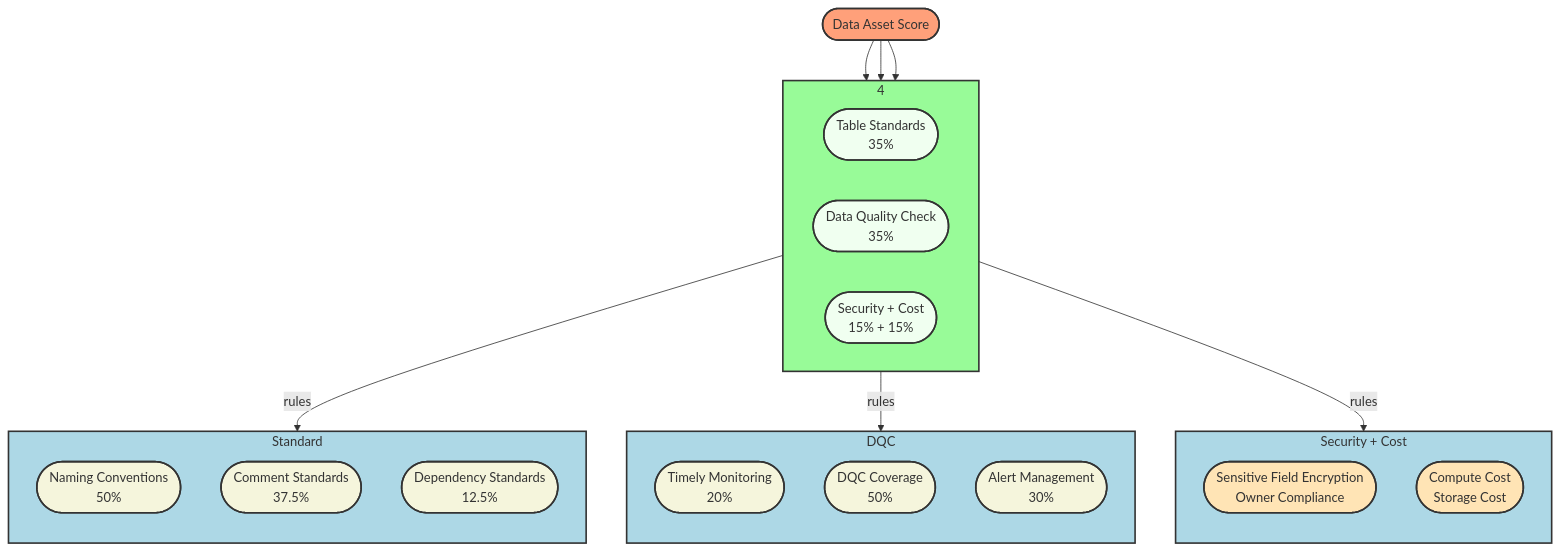
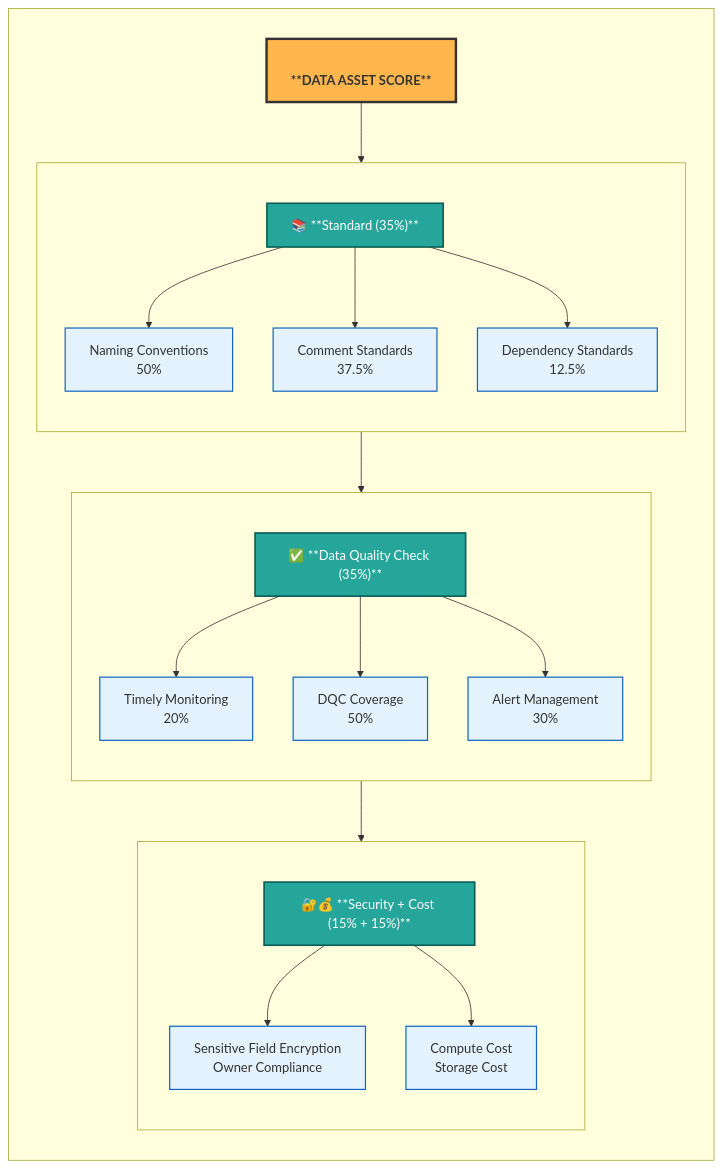
The second of 4 diagrams in README.md (blaire101/data-warehouse-solutions), drawn with Mermaid before and after one commit.

````diff
--- a/README.md
+++ b/README.md
@@ -216,51 +216,53 @@
 ```mermaid
-flowchart TB
+flowchart LR
 
-    subgraph SG_DataAssetScore["4"]
-        direction LR
-        DAS_A(["Table Standards <br> 35%"])
-        DAS_B(["Data Quality Check <br> 35%"])
-        DAS_C(["Security + Cost <br> 15% + 15%"])
+    %% ============ OUTER CONTAINER ============
+    subgraph DAS[" "]
+      direction TB
+
+      %% --- Big Title Node (prominent) ---
+      DAS_TITLE["<br/>**DATA ASSET SCORE**<br/>"]:::title
+
+      %% --- 1) STANDARD (35%) ---
+      subgraph STDG[" "]
+        direction TB
+        STD_HDR["📚 **Standard (35%)**"]:::group
+        ST_A["Naming Conventions<br>50%"]:::item
+        ST_B["Comment Standards<br>37.5%"]:::item
+        ST_C["Dependency Standards<br>12.5%"]:::item
+        STD_HDR --> ST_A & ST_B & ST_C
+      end
+
+      %% --- 2) DQC (35%) ---
+      subgraph DQG[" "]
+        direction TB
+        DQ_HDR["✅ **Data Quality Check (35%)**"]:::group
+        DQ_A["Timely Monitoring<br>20%"]:::item
+        DQ_B["DQC Coverage<br>50%"]:::item
+        DQ_C["Alert Management<br>30%"]:::item
+        DQ_HDR --> DQ_A & DQ_B & DQ_C
+      end
+
+      %% --- 3) SECURITY + COST (15% + 15%) ---
+      subgraph SECOG[" "]
+        direction TB
+        SECO_HDR["🔐💰 **Security + Cost (15% + 15%)**"]:::group
+        SECO_A["Sensitive Field Encryption<br>Owner Compliance"]:::item
+        SECO_B["Compute Cost<br>Storage Cost"]:::item
+        SECO_HDR --> SECO_A & SECO_B
+      end
     end
 
-    subgraph DAS_SECO["Security + Cost"]
-        direction TB
-        SECO_A(["Sensitive Field Encryption <br>Owner Compliance"])
-        SECO_B(["Compute Cost <br>Storage Cost"])
-    end
+    %% ============ FLOW / ORDER ============
+    DAS_TITLE --> STD_HDR --> DQ_HDR --> SECO_HDR
 
-    subgraph DAS_DataQuality["DQC"]
-        direction TB
-        DQ_A(["Timely Monitoring <br>20%"])
-        DQ_B(["DQC Coverage <br>50%"])
-        DQ_C(["Alert Management <br>30%"])
-    end
+    %% ============ STYLES ============
+    %% Title: strong orange, thick border, bold
+    classDef title fill:#FFB74D,stroke:#333,stroke-width:3px,font-weight:bold;
 
-    subgraph DAS_Standard["Standard"]
-        direction TB
-        ST_A(["Naming Conventions <br>50%"])
-        ST_B(["Comment Standards <br>37.5%"])
-        ST_C(["Dependency Standards <br>12.5%"])
-    end
+    %% Group headers: teal/blue-green with white text for strong contrast
+    classDef group fill:#26A69A,stroke:#0D5C55,stroke-width:2px,color:#FFFFFF;
 
-    DAS(["Data Asset Score"]) --> DAS_A & DAS_B & DAS_C
-    DAS_A -- rules --> DAS_Standard
-    DAS_B -- rules --> DAS_DataQuality
-    DAS_C -- rules --> DAS_SECO
-
-
-    classDef rectBox fill:#F5F5DC,stroke:#333,stroke-width:2px,rx:0,ry:0
-    classDef rectMain fill:#FFA07A,stroke:#333,stroke-width:2px,rx:0,ry:0
-    classDef rectGroup fill:#ADD8E6,stroke:#333,stroke-width:2px,rx:0,ry:0
-    classDef rectLight fill:#F0FFF0,stroke:#333,stroke-width:2px,rx:0,ry:0
-    classDef rectWarn fill:#FFE4B5,stroke:#333,stroke-width:2px,rx:0,ry:0
-    classDef rectFrame fill:#98FB98,stroke:#333,stroke-width:2px,rx:0,ry:0
-
-    class DAS rectMain
-    class DAS_A,DAS_B,DAS_C rectLight
-    class SECO_A,SECO_B rectWarn
-    class DQ_A,DQ_B,DQ_C rectBox
-    class ST_A,ST_B,ST_C rectBox
-    class SG_DataAssetScore rectFrame
-    class DAS_Standard,DAS_DataQuality,DAS_SECO rectGroup
+    %% Items: light blue with slightly darker blue border
+    classDef item fill:#E3F2FD,stroke:#1565C0,stroke-width:1.5px;
 ```
````
